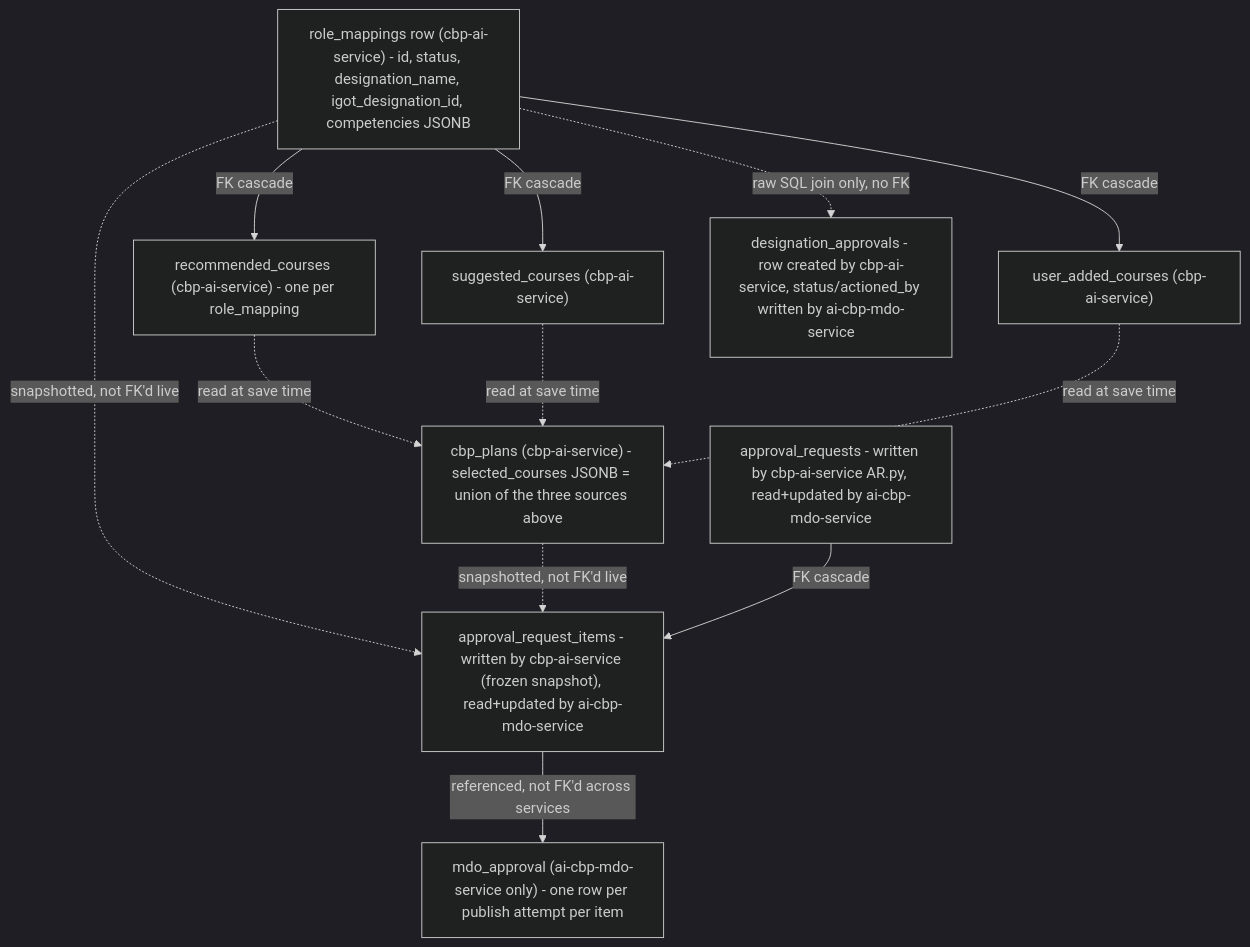
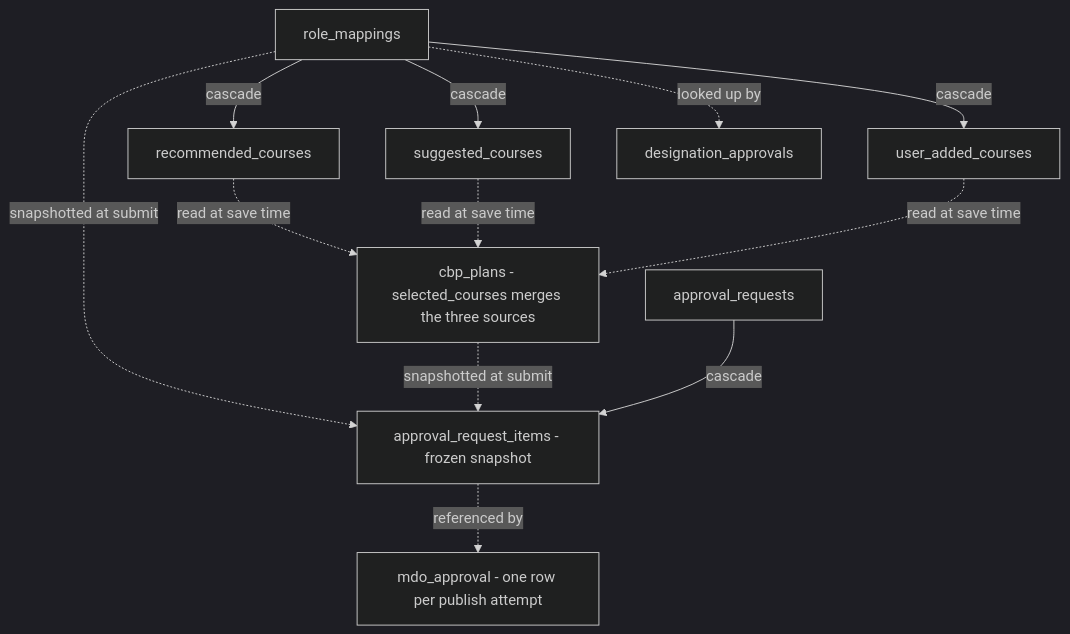
Before and after one commit to KB-iGOT/igot-docs: the first of 12 diagrams in docs/learning-hub/ai-cbp-tool/lld.md, drawn with Mermaid (dark theme). The commit also changed other lines of this file and 18 other files, not shown here.

First line of the commit message:
docs(ai-cbp-tool): restructure the LLD with validation flows and real routes

````diff
--- a/docs/learning-hub/ai-cbp-tool/lld.md
+++ b/docs/learning-hub/ai-cbp-tool/lld.md
@@ -72,24 +483,24 @@
 ```mermaid
 flowchart TB
-    RM["role_mappings row (cbp-ai-service) - id, status, designation_name, igot_designation_id, competencies JSONB"]
-    RC["recommended_courses (cbp-ai-service) - one per role_mapping"]
-    SC["suggested_courses (cbp-ai-service)"]
-    UAC["user_added_courses (cbp-ai-service)"]
-    CBPP["cbp_plans (cbp-ai-service) - selected_courses JSONB = union of the three sources above"]
-    AReq["approval_requests - written by cbp-ai-service AR.py, read+updated by ai-cbp-mdo-service"]
-    ARI["approval_request_items - written by cbp-ai-service (frozen snapshot), read+updated by ai-cbp-mdo-service"]
-    MdoRow["mdo_approval (ai-cbp-mdo-service only) - one row per publish attempt per item"]
-    DesigApp["designation_approvals - row created by cbp-ai-service, status/actioned_by written by ai-cbp-mdo-service"]
+    RM["role_mappings"]
+    RC["recommended_courses"]
+    SC["suggested_courses"]
+    UAC["user_added_courses"]
+    CBPP["cbp_plans - selected_courses merges the three sources"]
+    AReq["approval_requests"]
+    ARI["approval_request_items - frozen snapshot"]
+    MdoRow["mdo_approval - one row per publish attempt"]
+    DesigApp["designation_approvals"]
 
-    RM -->|FK cascade| RC
-    RM -->|FK cascade| SC
-    RM -->|FK cascade| UAC
+    RM -->|cascade| RC
+    RM -->|cascade| SC
+    RM -->|cascade| UAC
     RC -.->|read at save time| CBPP
     SC -.->|read at save time| CBPP
     UAC -.->|read at save time| CBPP
-    RM -.->|snapshotted, not FK'd live| ARI
-    CBPP -.->|snapshotted, not FK'd live| ARI
-    AReq -->|FK cascade| ARI
-    ARI -->|referenced, not FK'd across services| MdoRow
-    RM -.->|raw SQL join only, no FK| DesigApp
+    RM -.->|snapshotted at submit| ARI
+    CBPP -.->|snapshotted at submit| ARI
+    AReq -->|cascade| ARI
+    ARI -.->|referenced by| MdoRow
+    RM -.->|looked up by| DesigApp
 ```
````
